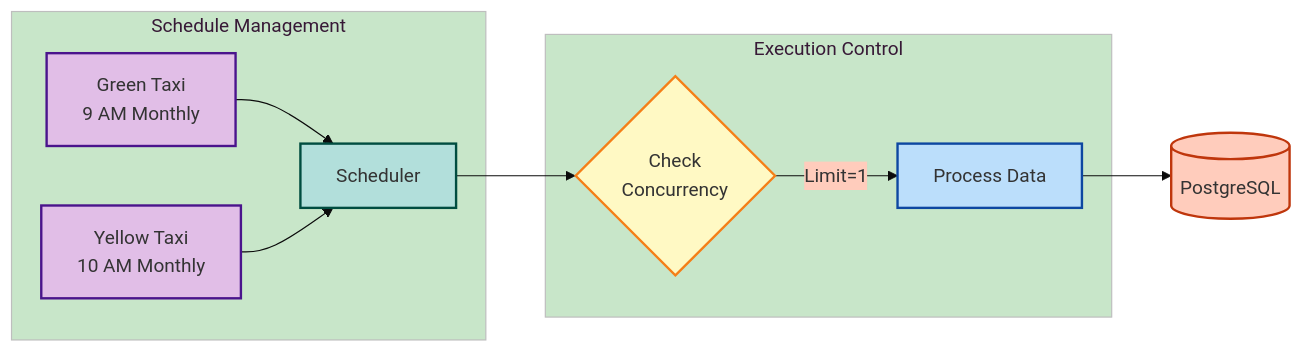
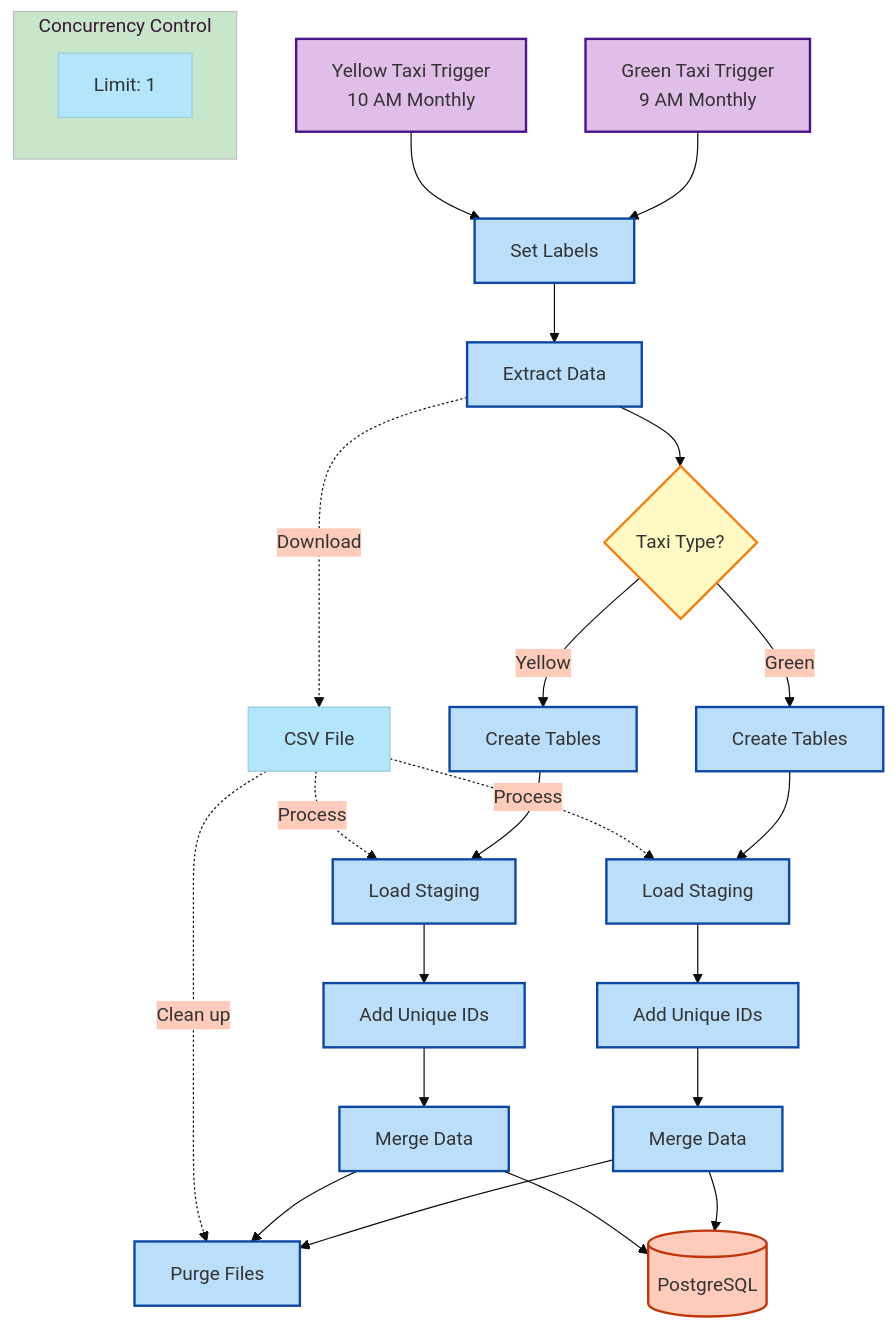
Before and after one commit to abhayra12/de-zc-2025: the second of 2 diagrams in 02-workflow-orchestration/kestra-pipeline-proj/guide.md, drawn with Mermaid. The commit also changed 1 other file, not shown here.

Commit message:
added flow to build data models for our data using dbt tool

````diff
--- a/02-workflow-orchestration/kestra-pipeline-proj/guide.md
+++ b/02-workflow-orchestration/kestra-pipeline-proj/guide.md
@@ -318,36 +318,49 @@
 ```mermaid
 %%{init: {
     'theme': 'base',
     'themeVariables': {
         'primaryColor': '#b3e5fc',
         'secondaryColor': '#ffccbc',
         'tertiaryColor': '#c8e6c9',
         'noteTextColor': '#1a237e'
     }
 }}%%
-graph LR
+graph TD
     classDef trigger fill:#e1bee7,stroke:#4a148c,stroke-width:2px
-    classDef scheduler fill:#b2dfdb,stroke:#004d40,stroke-width:2px
-    classDef process fill:#bbdefb,stroke:#0d47a1,stroke-width:2px
+    classDef task fill:#bbdefb,stroke:#0d47a1,stroke-width:2px
     classDef storage fill:#ffccbc,stroke:#bf360c,stroke-width:2px
+    classDef condition fill:#fff9c4,stroke:#f57f17,stroke-width:2px
 
-    T1[Green Taxi\n9 AM Monthly]:::trigger --> S[Scheduler]:::scheduler
-    T2[Yellow Taxi\n10 AM Monthly]:::trigger --> S
-    S --> C{Check\nConcurrency}
-    C -->|Limit=1| P[Process Data]:::process
-    P --> D[(PostgreSQL)]:::storage
+    T1[Green Taxi Trigger\n9 AM Monthly]:::trigger --> S1[Set Labels]:::task
+    T2[Yellow Taxi Trigger\n10 AM Monthly]:::trigger --> S1
     
-    style C fill:#fff9c4,stroke:#f57f17,stroke-width:2px
+    S1 --> E[Extract Data]:::task
+    E --> C{Taxi Type?}:::condition
     
-    %% Annotations
-    subgraph "Schedule Management"
-        T1
-        T2
-        S
+    C -->|Green| G1[Create Tables]:::task
+    G1 --> G2[Load Staging]:::task
+    G2 --> G3[Add Unique IDs]:::task
+    G3 --> G4[Merge Data]:::task
+    
+    C -->|Yellow| Y1[Create Tables]:::task
+    Y1 --> Y2[Load Staging]:::task
+    Y2 --> Y3[Add Unique IDs]:::task
+    Y3 --> Y4[Merge Data]:::task
+    
+    G4 --> P[Purge Files]:::task
+    Y4 --> P
+    
+    G4 --> DB[(PostgreSQL)]:::storage
+    Y4 --> DB
+    
+    subgraph "Concurrency Control"
+        direction LR
+        L1[Limit: 1]
     end
     
-    subgraph "Execution Control"
-        C
-        P
-    end
+    %% File handling annotations
+    E -.->|Download| F1[CSV File]
+    F1 -.->|Process| G2
+    F1 -.->|Process| Y2
+    F1 -.->|Clean up| P
 ```
````
